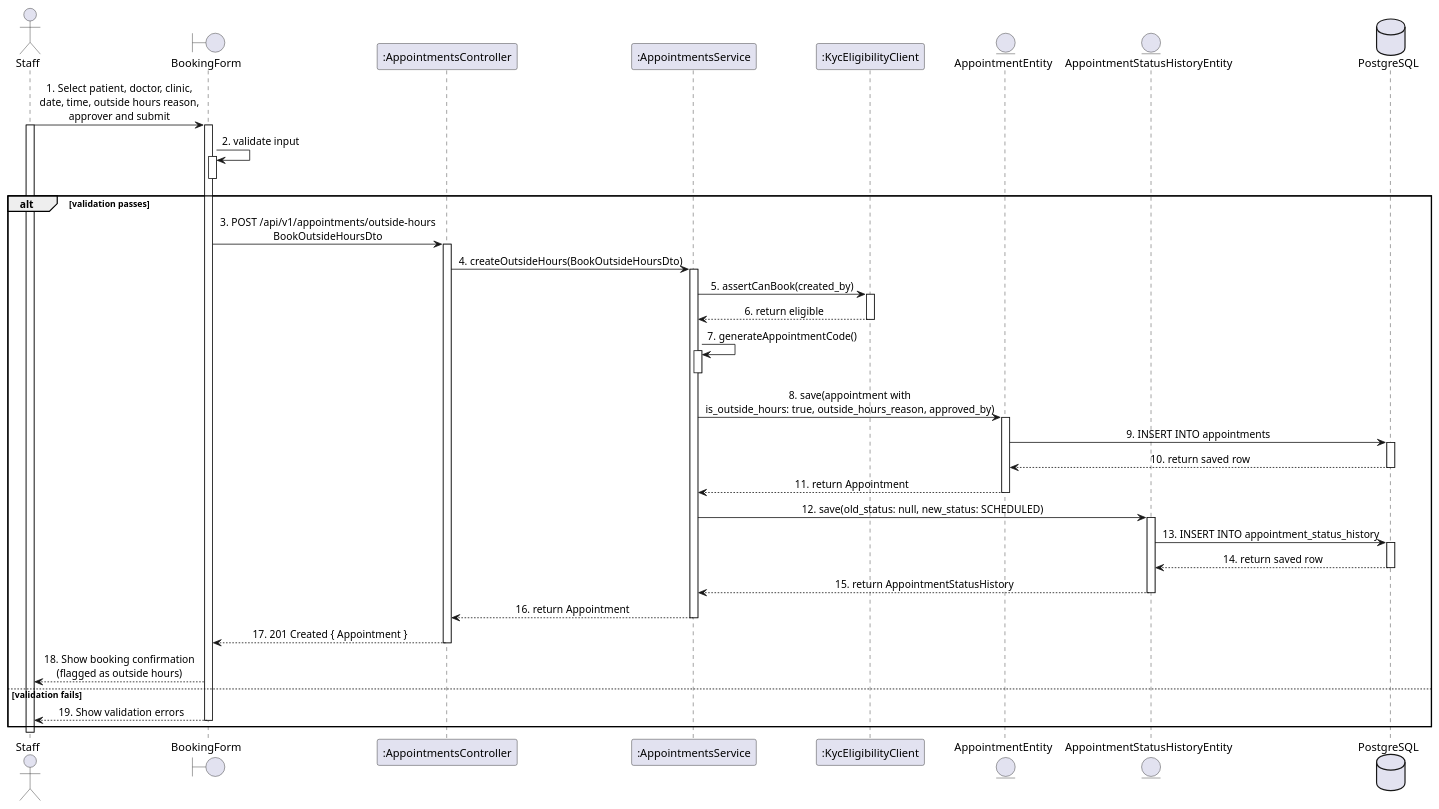
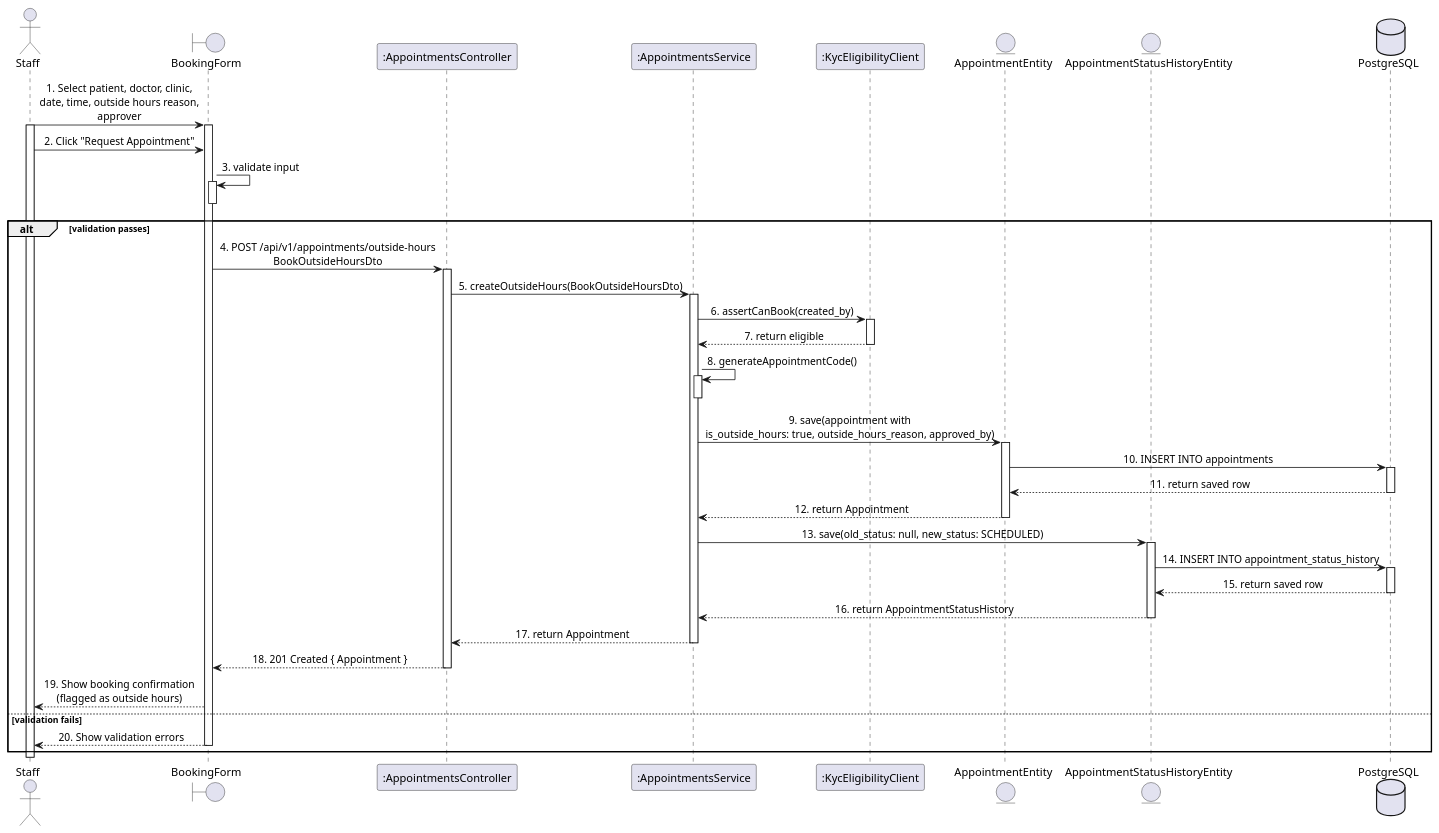
Before and after one commit to LTPPPP/Smart-Medical-Intelligent-Ledger-for-E-health-S.M.I.L.E-: the diagram in docs/sequence-diagram/UC51_CreateAppointmentOutsideWorkingHours.puml, drawn with PlantUML. The commit also changed 144 other files, not shown here.

Commit message:
doc: update sequence and class diagram

```diff
--- a/docs/sequence-diagram/UC51_CreateAppointmentOutsideWorkingHours.puml
+++ b/docs/sequence-diagram/UC51_CreateAppointmentOutsideWorkingHours.puml
@@ -1,68 +1,69 @@
 @startuml SequenceDiagram
 skinparam shadowing false
 skinparam sequenceMessageAlign center
 actor "Staff" as user
 boundary "BookingForm" as page
 participant ":AppointmentsController" as ctrl
 participant ":AppointmentsService" as aptSvc
 participant ":KycEligibilityClient" as kyc
 entity "AppointmentEntity" as aptEntity
 entity "AppointmentStatusHistoryEntity" as histEntity
 database "PostgreSQL" as db
 
-user -> page : 1. Select patient, doctor, clinic,\ndate, time, outside hours reason,\napprover and submit
+user -> page : 1. Select patient, doctor, clinic,\ndate, time, outside hours reason,\napprover
 activate user
 activate page
 
-page -> page : 2. validate input
+user -> page : 2. Click "Request Appointment"
+page -> page : 3. validate input
 activate page
 deactivate page
 alt validation passes
-  page -> ctrl : 3. POST /api/v1/appointments/outside-hours\nBookOutsideHoursDto
+  page -> ctrl : 4. POST /api/v1/appointments/outside-hours\nBookOutsideHoursDto
   activate ctrl
 
-  ctrl -> aptSvc : 4. createOutsideHours(BookOutsideHoursDto)
+  ctrl -> aptSvc : 5. createOutsideHours(BookOutsideHoursDto)
   activate aptSvc
 
-  aptSvc -> kyc : 5. assertCanBook(created_by)
+  aptSvc -> kyc : 6. assertCanBook(created_by)
   activate kyc
-  kyc --> aptSvc : 6. return eligible
+  kyc --> aptSvc : 7. return eligible
   deactivate kyc
 
-  aptSvc -> aptSvc : 7. generateAppointmentCode()
+  aptSvc -> aptSvc : 8. generateAppointmentCode()
   activate aptSvc
   deactivate aptSvc
 
-  aptSvc -> aptEntity : 8. save(appointment with\nis_outside_hours: true, outside_hours_reason, approved_by)
+  aptSvc -> aptEntity : 9. save(appointment with\nis_outside_hours: true, outside_hours_reason, approved_by)
   activate aptEntity
-  aptEntity -> db : 9. INSERT INTO appointments
+  aptEntity -> db : 10. INSERT INTO appointments
   activate db
-  db --> aptEntity : 10. return saved row
+  db --> aptEntity : 11. return saved row
   deactivate db
-  aptEntity --> aptSvc : 11. return Appointment
+  aptEntity --> aptSvc : 12. return Appointment
   deactivate aptEntity
 
-  aptSvc -> histEntity : 12. save(old_status: null, new_status: SCHEDULED)
+  aptSvc -> histEntity : 13. save(old_status: null, new_status: SCHEDULED)
   activate histEntity
-  histEntity -> db : 13. INSERT INTO appointment_status_history
+  histEntity -> db : 14. INSERT INTO appointment_status_history
   activate db
-  db --> histEntity : 14. return saved row
+  db --> histEntity : 15. return saved row
   deactivate db
-  histEntity --> aptSvc : 15. return AppointmentStatusHistory
+  histEntity --> aptSvc : 16. return AppointmentStatusHistory
   deactivate histEntity
 
-  aptSvc --> ctrl : 16. return Appointment
+  aptSvc --> ctrl : 17. return Appointment
 deactivate aptSvc
-  ctrl --> page : 17. 201 Created { Appointment }
+  ctrl --> page : 18. 201 Created { Appointment }
 
   deactivate ctrl
-  page --> user : 18. Show booking confirmation\n(flagged as outside hours)
+  page --> user : 19. Show booking confirmation\n(flagged as outside hours)
 else validation fails
-  
-  page --> user : 19. Show validation errors
+
+  page --> user : 20. Show validation errors
   deactivate page
 end
 
 deactivate user
 
 @enduml
```
